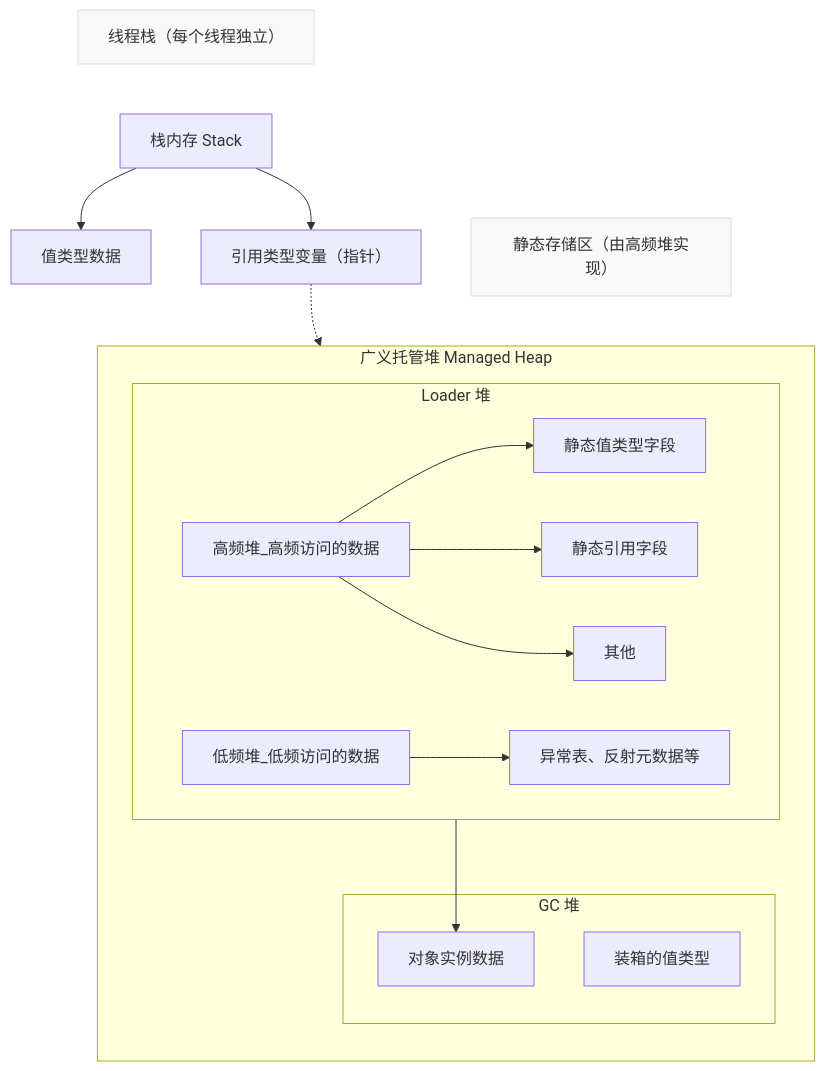
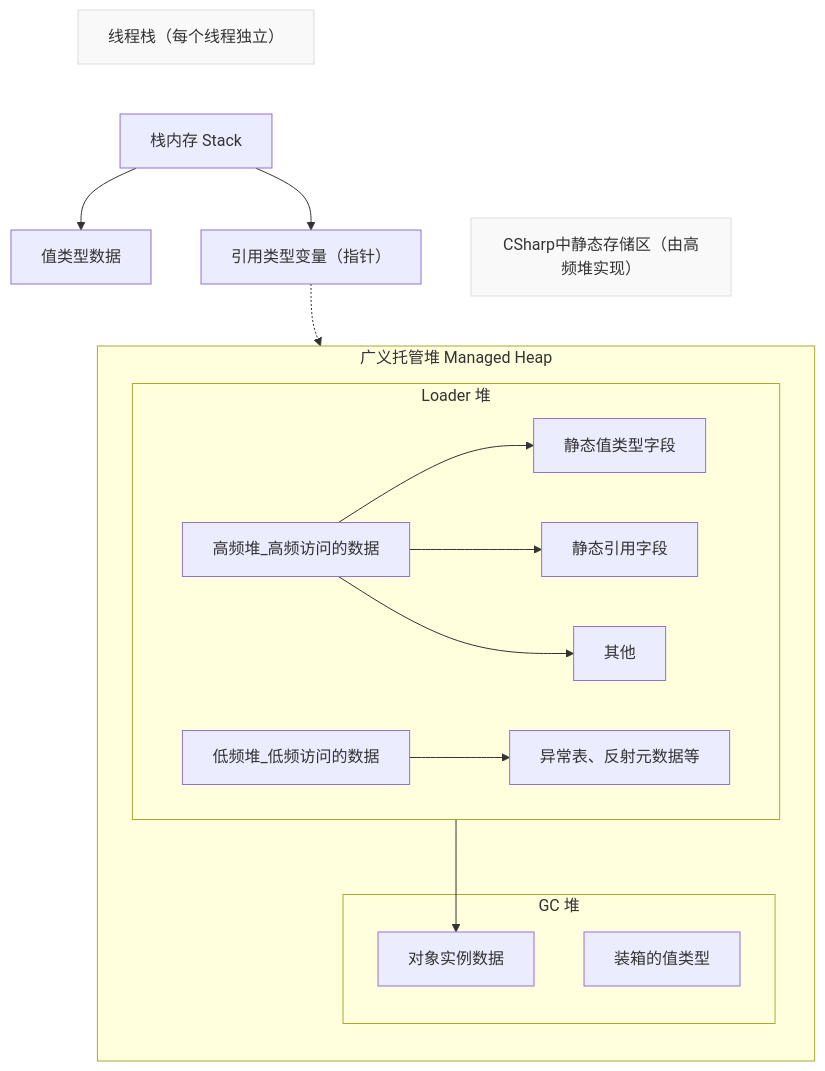
The sixth of 11 diagrams in Readme.md (xiaoYoc/CSharp-Learning-Notes-In-a-Nutshell), drawn with Mermaid before and after one commit. The commit also changed other lines of this file and 12 other files, not shown here.

````diff
--- a/Readme.md
+++ b/Readme.md
@@ -301,34 +370,34 @@
 ```mermaid
 flowchart TD
     %% 栈内存部分（线程私有）
     S[栈内存 Stack] --> S1[值类型数据]
     S --> S2[引用类型变量（指针）]
     S2 -.-> B1
 
     %% 托管堆（进程共享）
     subgraph 托管堆 [广义托管堆 Managed Heap]
         direction TB
         %% GC 堆（对象实例）
         subgraph GC堆 [GC 堆]
             B1[对象实例数据]
             B2[装箱的值类型]
         end
 
         %% Loader 堆（静态存储区）
         subgraph Loader堆 [Loader 堆]
             direction LR
             D[高频堆_高频访问的数据] -->D2[静态值类型字段]
             D --> D3[静态引用字段]
             D --> 其他
             D3 --> B1
 
             E[低频堆_低频访问的数据] --> E2[异常表、反射元数据等]
         end
     end
 
     %% 标注说明
-    N1["静态存储区（由高频堆实现）"] ~~~ D
+    N1["CSharp中静态存储区（由高频堆实现）"] ~~~ D
     N2["线程栈（每个线程独立）"] ~~~ S
     classDef note fill:#f9f9f9,stroke:#ddd;
     class N1,N2 note;
 ```
````
